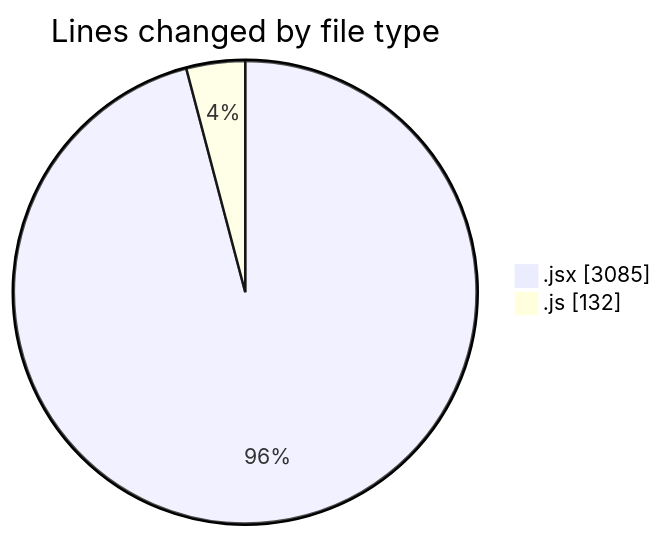
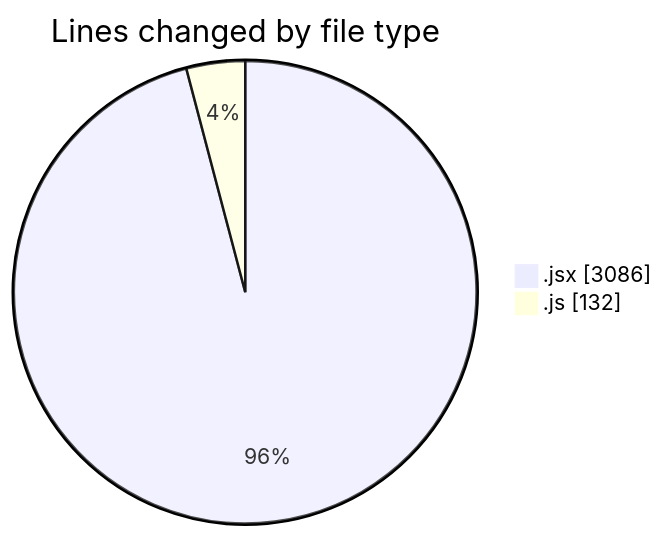
The first of 2 diagrams in 2025-08-03/nxtqube_webapp/README.md (nxtqubesakshisongat/code-tracking), drawn with Mermaid before and after one commit. The commit also changed other lines of this file and 1 other file, not shown here.

````diff
--- a/2025-08-03/nxtqube_webapp/README.md
+++ b/2025-08-03/nxtqube_webapp/README.md
@@ -27,6 +27,6 @@
 ```mermaid
 pie showData
 title Lines changed by file type
-".jsx" : 3085
+".jsx" : 3086
 ".js" : 132
 ```
````
